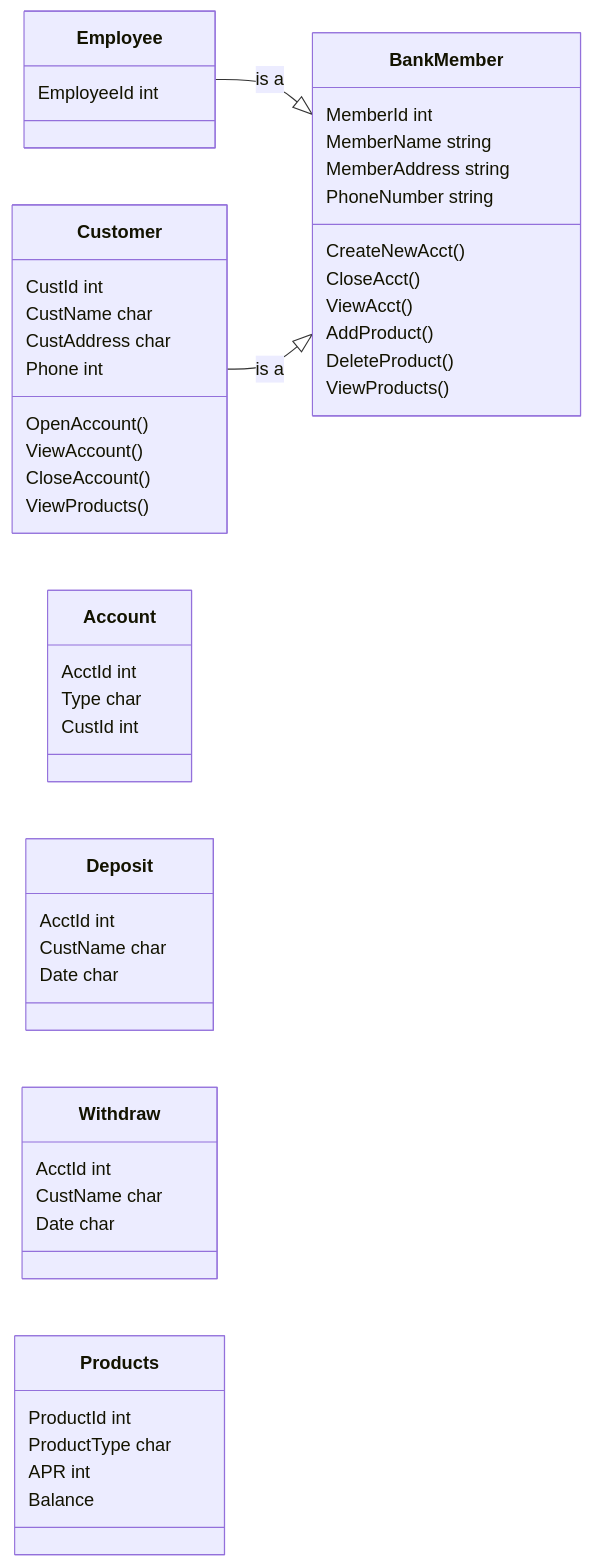
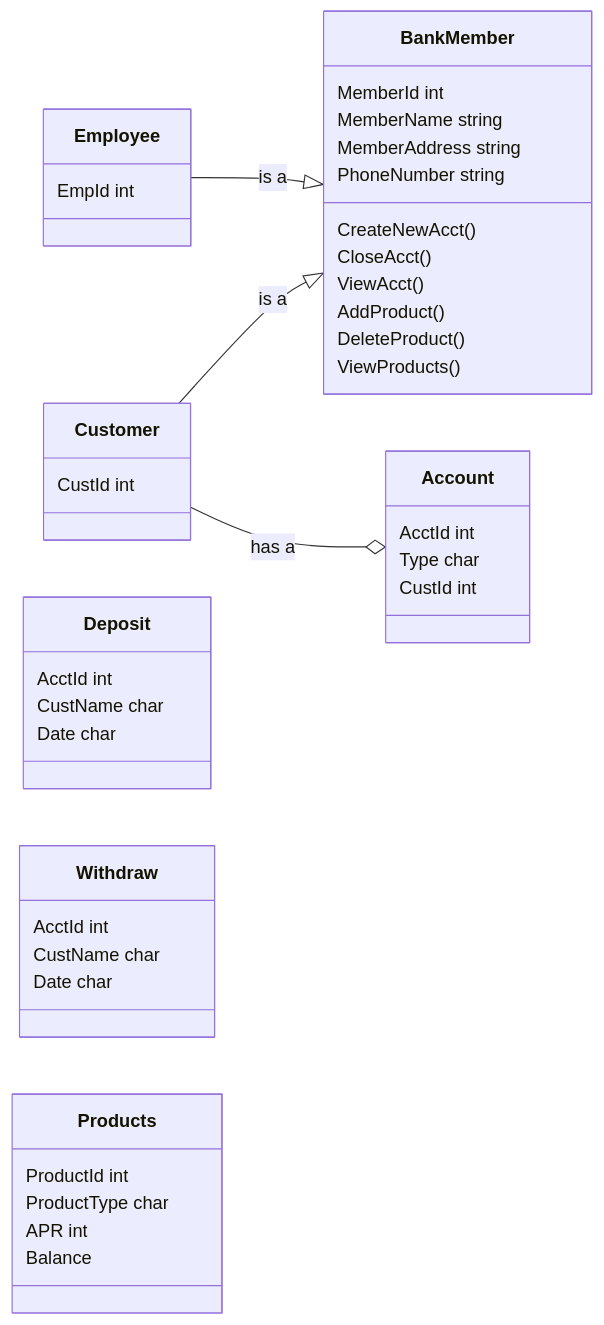
The diagram in mermaid.md (Marcus-Snell/Test), drawn with Mermaid before and after one commit.

````diff
--- a/mermaid.md
+++ b/mermaid.md
@@ -1,51 +1,45 @@
 ```mermaid
 classDiagram
 direction LR
 BankMember
 BankMember : MemberId int
 BankMember : MemberName string
 BankMember : MemberAddress string
 BankMember : PhoneNumber string
 BankMember : CreateNewAcct()
 BankMember: CloseAcct()
 BankMember : ViewAcct()
 BankMember : AddProduct()
 BankMember : DeleteProduct()
 BankMember : ViewProducts()
 
 Employee --|> BankMember : is a
-Employee : EmployeeId int
+Employee : EmpId int
 
 Customer --|> BankMember : is a
+Customer --o Account : has a
 Customer : CustId int
-Customer : CustName char
-Customer : CustAddress char
-Customer : Phone int
-Customer : OpenAccount()
-Customer : ViewAccount()
-Customer : CloseAccount()
-Customer : ViewProducts()
 
 Account
 Account : AcctId int
 Account : Type char
 Account : CustId int
 
 Deposit
 Deposit : AcctId int
 Deposit : CustName char
 Deposit : Date char
 
 Withdraw
 Withdraw : AcctId int
 Withdraw : CustName char
 Withdraw : Date char
 
 
 Products : ProductId int
 Products : ProductType char
 Products : APR int
 Products : Balance
 
 
 ```
````
